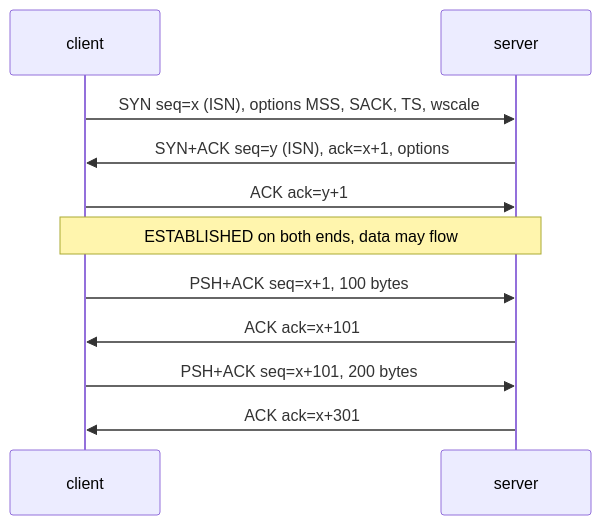
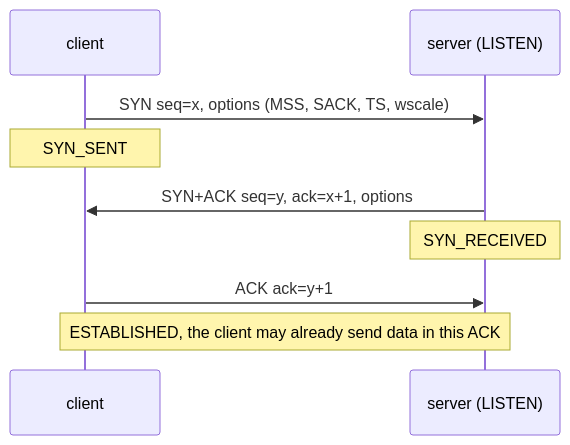
One commit to Princeahrwar/Study changed the first of 3 diagrams in 07_networking/03_tcp_udp_and_transport.md. Above: the diagram before and after it, drawn with Mermaid. The commit also changed other lines of this file, not shown here.

````diff
--- a/07_networking/03_tcp_udp_and_transport.md
+++ b/07_networking/03_tcp_udp_and_transport.md
@@ -424,13 +71,11 @@
 ```mermaid
 sequenceDiagram
   participant C as client
-  participant S as server
-  C->>S: SYN seq=x (ISN), options MSS, SACK, TS, wscale
-  S->>C: SYN+ACK seq=y (ISN), ack=x+1, options
+  participant S as server (LISTEN)
+  C->>S: SYN seq=x, options (MSS, SACK, TS, wscale)
+  Note over C: SYN_SENT
+  S->>C: SYN+ACK seq=y, ack=x+1, options
+  Note over S: SYN_RECEIVED
   C->>S: ACK ack=y+1
-  Note over C,S: ESTABLISHED on both ends, data may flow
-  C->>S: PSH+ACK seq=x+1, 100 bytes
-  S->>C: ACK ack=x+101
-  C->>S: PSH+ACK seq=x+101, 200 bytes
-  S->>C: ACK ack=x+301
+  Note over C,S: ESTABLISHED, the client may already send data in this ACK
 ```
````
